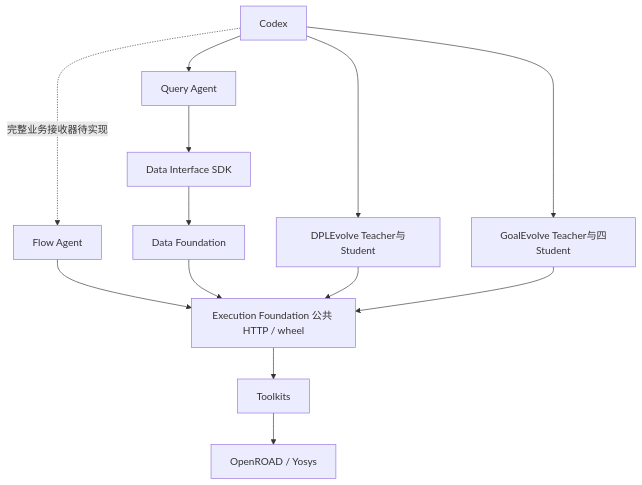
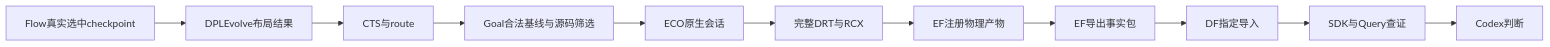
The second of 3 diagrams in ARCHITECTURE.md (CODA-Team/ChipEvolve), drawn with Mermaid before and after one commit. The commit also changed other lines of this file and 7 other files, not shown here.

````diff
--- a/ARCHITECTURE.md
+++ b/ARCHITECTURE.md
@@ -53,15 +41,13 @@
 ```mermaid
-flowchart TD
-    C[Codex] --> Q[Query Agent]
-    Q --> DI[Data Interface SDK]
-    DI --> DF[Data Foundation]
-    C -. 完整业务接收器待实现 .-> F[Flow Agent]
-    F --> EF[Execution Foundation 公共 HTTP / wheel]
-    EF --> TK[Toolkits]
-    TK --> OR[OpenROAD / Yosys]
-    DF --> EF
-    C --> DPL[DPLEvolve Teacher与Student]
-    DPL --> EF
-    C --> CODE[GoalEvolve Teacher与四Student]
-    CODE --> EF
+flowchart LR
+  F[Flow真实选中checkpoint] --> D[DPLEvolve布局结果]
+  D --> R[CTS与route]
+  R --> G[Goal合法基线与源码筛选]
+  G --> E[ECO原生会话]
+  E --> P[完整DRT与RCX]
+  P --> A[EF注册物理产物]
+  A --> B[EF导出事实包]
+  B --> DF[DF指定导入]
+  DF --> Q[SDK与Query查证]
+  Q --> C[Codex判断]
 ```
````
